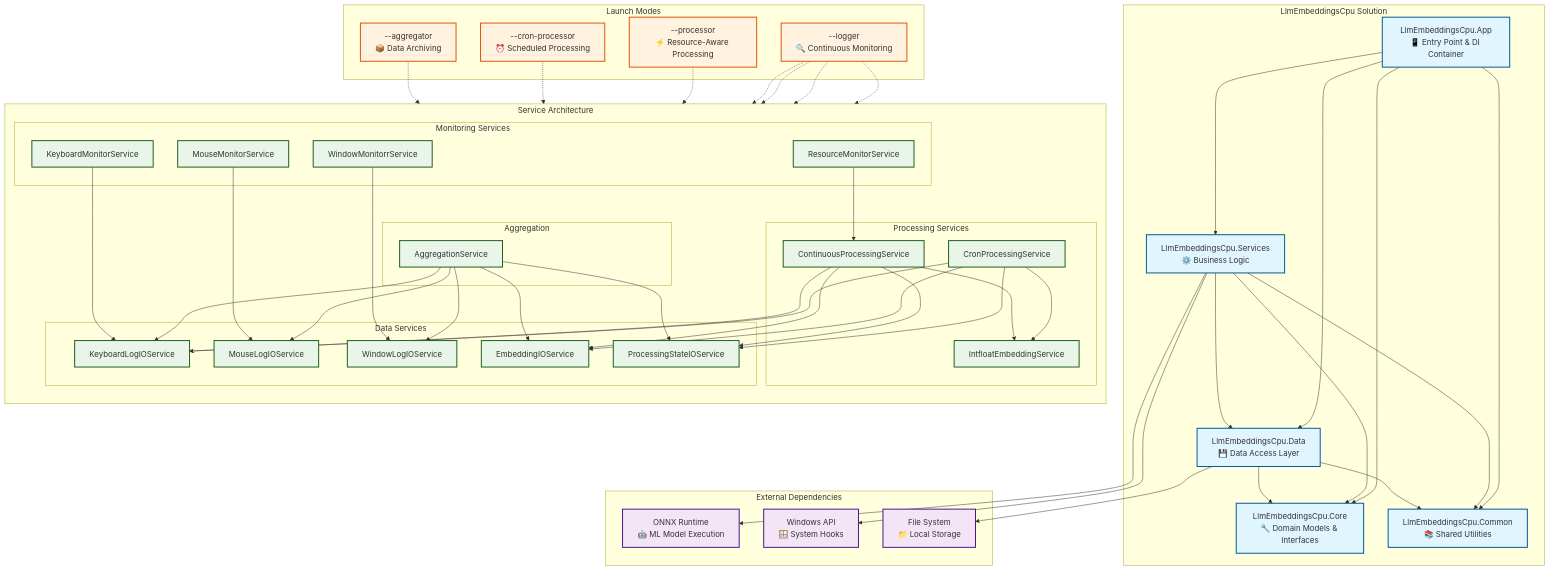
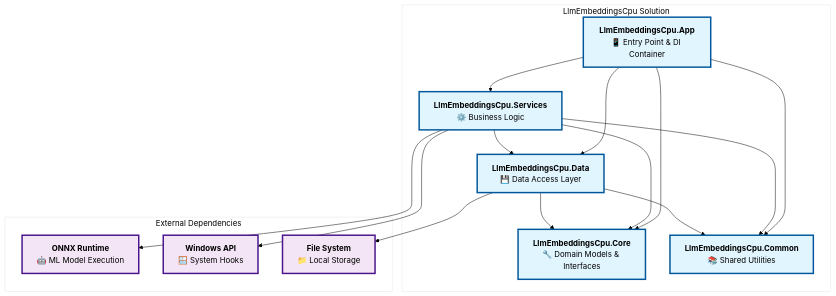
Before and after one commit to Jan-Oliver/LlmEmbeddingsCpu: the first of 6 diagrams in README.md, drawn with Mermaid.

Commit message:
add uml diagrams.

````diff
--- a/README.md
+++ b/README.md
@@ -36,12 +36,13 @@
 ```mermaid
+%%{init: {'theme':'base', 'themeVariables': { 'primaryColor': '#ffffff', 'primaryTextColor': '#000000', 'primaryBorderColor': '#000000', 'lineColor': '#000000', 'secondaryColor': '#ffffff', 'tertiaryColor': '#ffffff', 'background': '#ffffff', 'mainBkg': '#ffffff', 'secondaryBkg': '#ffffff', 'tertiaryBkg': '#ffffff'}}}%%
 graph TB
     %% Project Dependencies
     subgraph "LlmEmbeddingsCpu Solution"
-        App[LlmEmbeddingsCpu.App<br/>📱 Entry Point & DI Container]
-        Services[LlmEmbeddingsCpu.Services<br/>⚙️ Business Logic]
-        Data[LlmEmbeddingsCpu.Data<br/>💾 Data Access Layer]
-        Core[LlmEmbeddingsCpu.Core<br/>🔧 Domain Models & Interfaces]
-        Common[LlmEmbeddingsCpu.Common<br/>📚 Shared Utilities]
+        App["<b>LlmEmbeddingsCpu.App</b><br/>📱 Entry Point & DI Container"]
+        Services["<b>LlmEmbeddingsCpu.Services</b><br/>⚙️ Business Logic"]
+        Data["<b>LlmEmbeddingsCpu.Data</b><br/>💾 Data Access Layer"]
+        Core["<b>LlmEmbeddingsCpu.Core</b><br/>🔧 Domain Models & Interfaces"]
+        Common["<b>LlmEmbeddingsCpu.Common</b><br/>📚 Shared Utilities"]
     end
     
     %% Dependencies
@@ -59,91 +60,19 @@
     
     %% External Dependencies
     subgraph "External Dependencies"
-        ONNX[ONNX Runtime<br/>🤖 ML Model Execution]
-        WinAPI[Windows API<br/>🪟 System Hooks]
-        FileSystem[File System<br/>📁 Local Storage]
+        ONNX["<b>ONNX Runtime</b><br/>🤖 ML Model Execution"]
+        WinAPI["<b>Windows API</b><br/>🪟 System Hooks"]
+        FileSystem["<b>File System</b><br/>📁 Local Storage"]
     end
     
     Services --> ONNX
     Services --> WinAPI
     Data --> FileSystem
     
-    %% Service Flow
-    subgraph "Service Architecture"
-        direction TB
-        subgraph "Monitoring Services"
-            KMS[KeyboardMonitorService]
-            MMS[MouseMonitorService]
-            WMS[WindowMonitorrService]
-            RMS[ResourceMonitorService]
-        end
-        
-        subgraph "Processing Services"
-            CPS[ContinuousProcessingService]
-            CRPS[CronProcessingService]
-            IES[IntfloatEmbeddingService]
-        end
-        
-        subgraph "Data Services"
-            KLIS[KeyboardLogIOService]
-            MLIS[MouseLogIOService]
-            WLIS[WindowLogIOService]
-            EIS[EmbeddingIOService]
-            PSIS[ProcessingStateIOService]
-        end
-        
-        subgraph "Aggregation"
-            AS[AggregationService]
-        end
-    end
-    
-    %% Data Flow
-    KMS --> KLIS
-    MMS --> MLIS
-    WMS --> WLIS
-    RMS --> CPS
-    
-    CPS --> KLIS
-    CPS --> IES
-    CPS --> EIS
-    CPS --> PSIS
-    
-    CRPS --> KLIS
-    CRPS --> IES
-    CRPS --> EIS
-    CRPS --> PSIS
-    
-    AS --> KLIS
-    AS --> MLIS
-    AS --> WLIS
-    AS --> EIS
-    AS --> PSIS
-    
-    %% Launch Modes
-    subgraph "Launch Modes"
-        Logger[--logger<br/>🔍 Continuous Monitoring]
-        Processor[--processor<br/>⚡ Resource-Aware Processing]
-        CronProcessor[--cron-processor<br/>⏰ Scheduled Processing]
-        Aggregator[--aggregator<br/>📦 Data Archiving]
-    end
-    
-    Logger -.-> KMS
-    Logger -.-> MMS
-    Logger -.-> WMS
-    Logger -.-> RMS
-    
-    Processor -.-> CPS
-    CronProcessor -.-> CRPS
-    Aggregator -.-> AS
-    
     %% Styling
-    classDef project fill:#e1f5fe,stroke:#01579b,stroke-width:2px
-    classDef external fill:#f3e5f5,stroke:#4a148c,stroke-width:2px
-    classDef service fill:#e8f5e8,stroke:#1b5e20,stroke-width:2px
-    classDef mode fill:#fff3e0,stroke:#e65100,stroke-width:2px
+    classDef project fill:#e1f5fe,stroke:#01579b,stroke-width:3px,color:#000000
+    classDef external fill:#f3e5f5,stroke:#4a148c,stroke-width:3px,color:#000000
     
     class App,Services,Data,Core,Common project
     class ONNX,WinAPI,FileSystem external
-    class KMS,MMS,WMS,RMS,CPS,CRPS,IES,KLIS,MLIS,WLIS,EIS,PSIS,AS service
-    class Logger,Processor,CronProcessor,Aggregator mode
 ```
````
